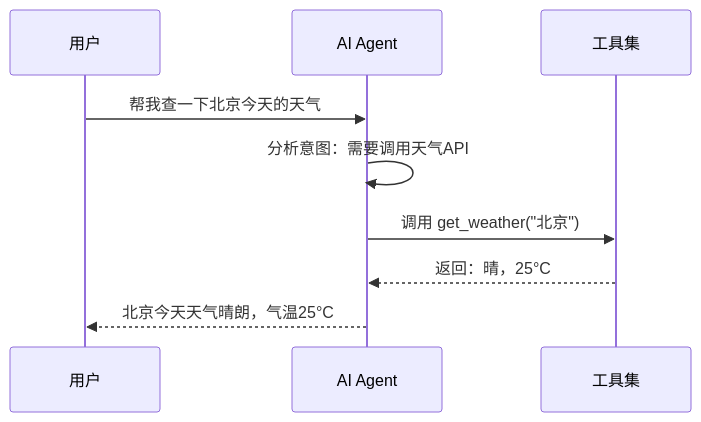
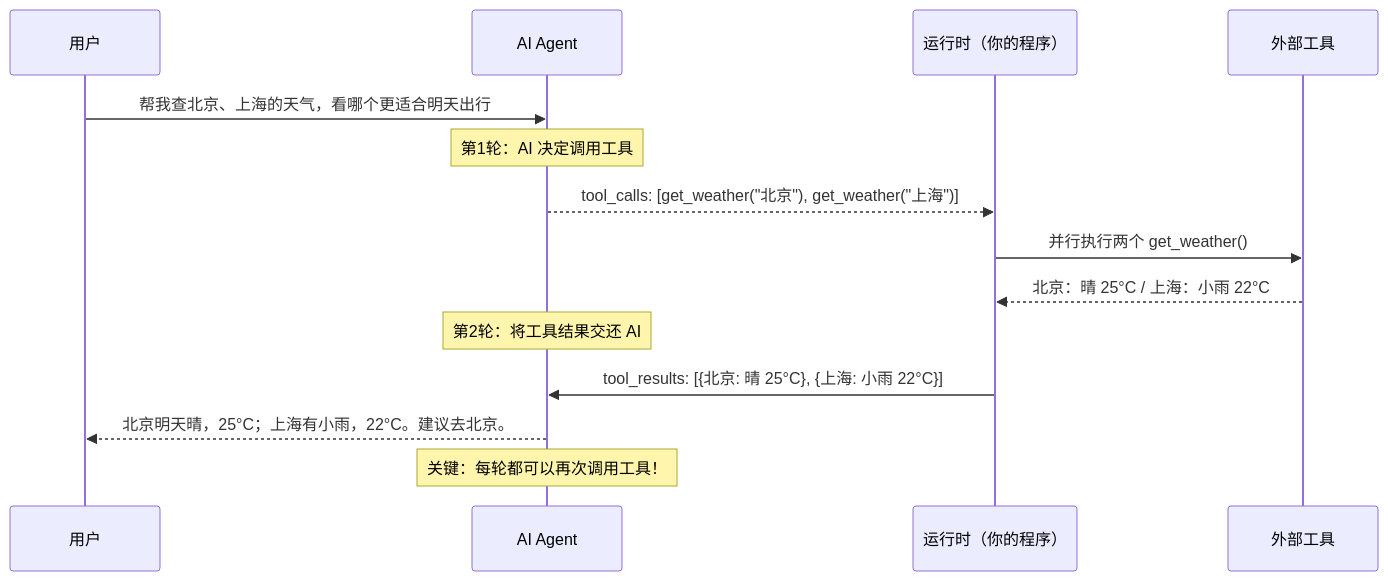
The first of 7 diagrams in pages/posts/agent-use.md (Vincent-the-gamer/vincent), drawn with Mermaid before and after one commit. The commit also changed other lines of this file, not shown here.

````diff
--- a/pages/posts/agent-use.md
+++ b/pages/posts/agent-use.md
@@ -24,12 +28,20 @@
 ```mermaid
 sequenceDiagram
     participant User as 用户
     participant Agent as AI Agent
-    participant Tools as 工具集
+    participant Runtime as 运行时（你的程序）
+    participant Tools as 外部工具
 
-    User->>Agent: 帮我查一下北京今天的天气
-    Agent->>Agent: 分析意图：需要调用天气API
-    Agent->>Tools: 调用 get_weather("北京")
-    Tools-->>Agent: 返回：晴，25°C
-    Agent-->>User: 北京今天天气晴朗，气温25°C
+    User->>Agent: 帮我查北京、上海的天气，看哪个更适合明天出行
+
+    Note over Agent: 第1轮：AI 决定调用工具
+    Agent-->>Runtime: tool_calls: [get_weather("北京"), get_weather("上海")]
+    Runtime->>Tools: 并行执行两个 get_weather()
+    Tools-->>Runtime: 北京：晴 25°C / 上海：小雨 22°C
+
+    Note over Agent: 第2轮：将工具结果交还 AI
+    Runtime->>Agent: tool_results: [{北京: 晴 25°C}, {上海: 小雨 22°C}]
+    Agent-->>User: 北京明天晴，25°C；上海有小雨，22°C。建议去北京。
+
+    Note over Agent: 关键：每轮都可以再次调用工具！
 ```
````
